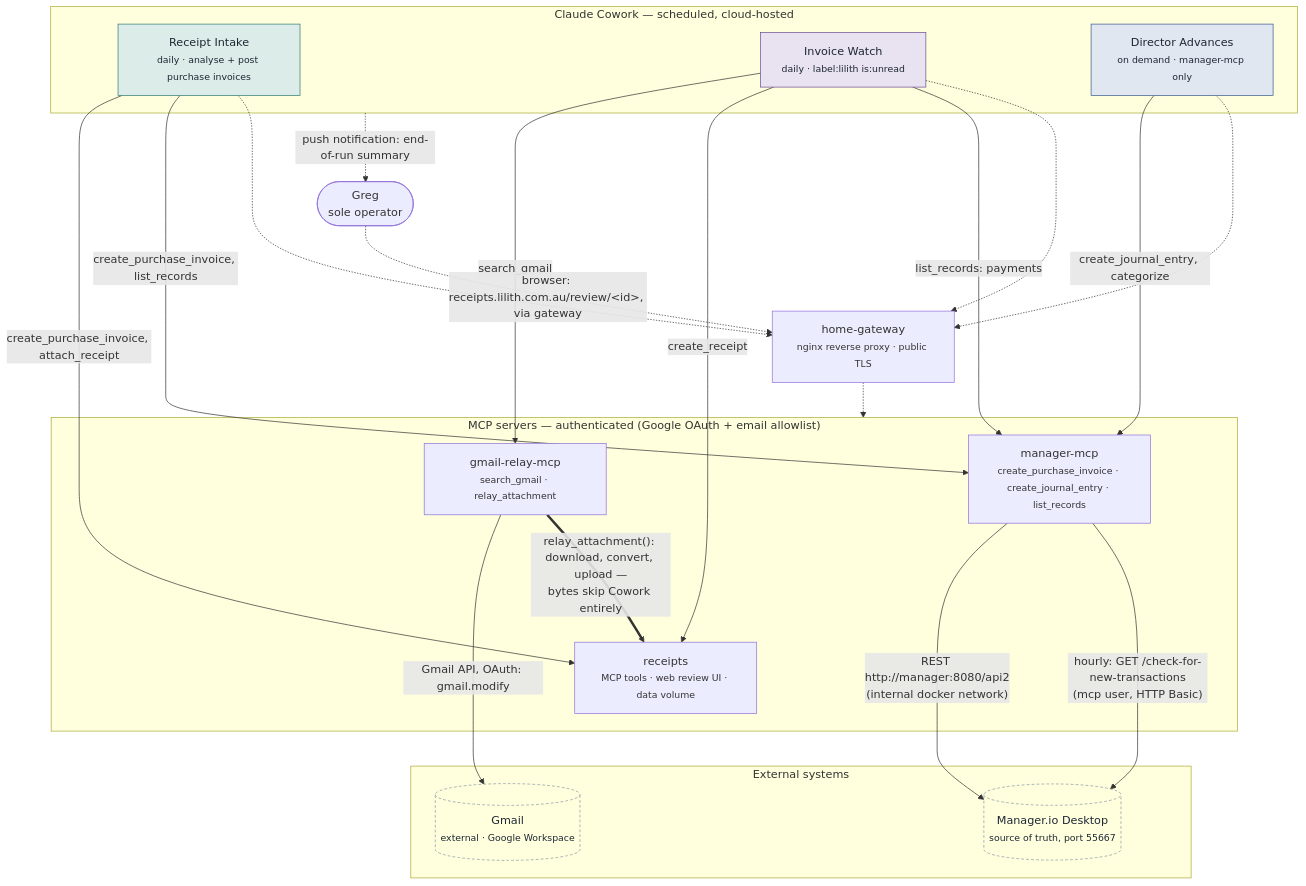
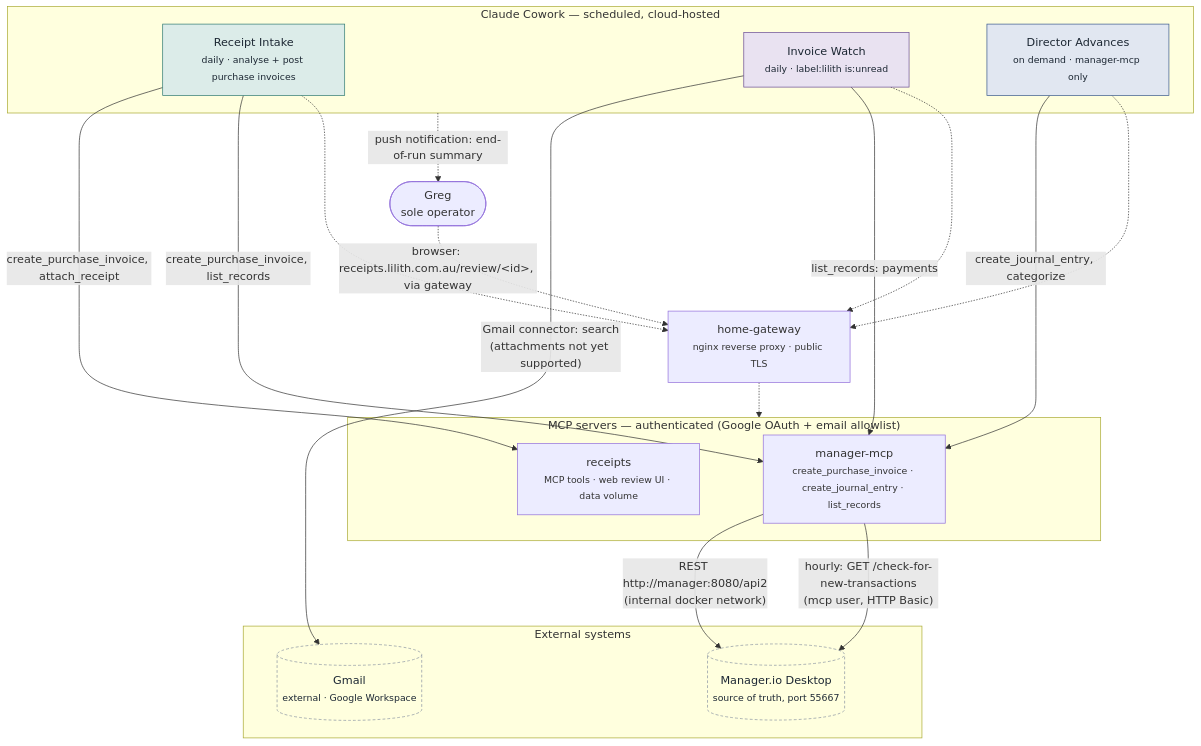
Before and after one commit to gregsteel/manager-io-ext: the diagram in diagram.mermaid, drawn with Mermaid. The commit also changed 52 other files, not shown here.

First line of the commit message:
chore: remove gmail-relay and the email-ingest feature

```diff
--- a/diagram.mermaid
+++ b/diagram.mermaid
@@ -1,54 +1,49 @@
 flowchart TB
     subgraph Cowork["Claude Cowork — scheduled, cloud-hosted"]
         RI["Receipt Intake<br/><small>daily · analyse + post purchase invoices</small>"]
         IW["Invoice Watch<br/><small>daily · label:lilith is:unread</small>"]
         DA["Director Advances<br/><small>on demand · manager-mcp only</small>"]
     end
 
     Greg(["Greg<br/>sole operator"])
 
     GW["home-gateway<br/><small>nginx reverse proxy · public TLS</small>"]
 
     subgraph MCP["MCP servers — authenticated (Google OAuth + email allowlist)"]
-        GRM["gmail-relay-mcp<br/><small>search_gmail · relay_attachment</small>"]
         RCM["receipts<br/><small>MCP tools · web review UI · data volume</small>"]
         MGM["manager-mcp<br/><small>create_purchase_invoice · create_journal_entry · list_records</small>"]
     end
 
     RI -->|create_purchase_invoice, attach_receipt| RCM
     RI -->|create_purchase_invoice, list_records| MGM
-    IW -->|search_gmail| GRM
-    IW -->|create_receipt| RCM
+    IW -->|"Gmail connector: search<br/>(attachments not yet supported)"| Gmail
     IW -->|list_records: payments| MGM
     DA -->|create_journal_entry, categorize| MGM
 
     RI & IW & DA -.-> GW
     GW -.-> MCP
 
-    GRM -->|Gmail API, OAuth: gmail.modify| Gmail
     MGM -->|"REST http://manager:8080/api2<br/>(internal docker network)"| Manager
     MGM -->|"hourly: GET /check-for-new-transactions<br/>(mcp user, HTTP Basic)"| Manager
-
-    GRM ==>|"relay_attachment(): download, convert, upload —<br/>bytes skip Cowork entirely"| RCM
 
     RCM ~~~ Gmail
     RCM ~~~ Manager
 
     subgraph Ext["External systems"]
         Gmail[("Gmail<br/><small>external · Google Workspace</small>")]
         Manager[("Manager.io Desktop<br/><small>source of truth, port 55667</small>")]
     end
 
     Cowork -.->|push notification: end-of-run summary| Greg
     Greg -.->|"browser: receipts.lilith.com.au/review/&lt;id&gt;, via gateway"| GW
 
     classDef task fill:#dcece9,stroke:#2f7a72,color:#1c2733
     classDef watch fill:#e9e2f1,stroke:#6a4c93,color:#1c2733
     classDef advance fill:#e1e7f1,stroke:#3a5a8c,color:#1c2733
     classDef ext fill:none,stroke:#8a94a3,stroke-dasharray: 4 3,color:#1c2733
     classDef highlight stroke:#c1652f,stroke-width:2px
 
     class RI task
     class IW watch
     class DA advance
     class Gmail,Manager ext
```
